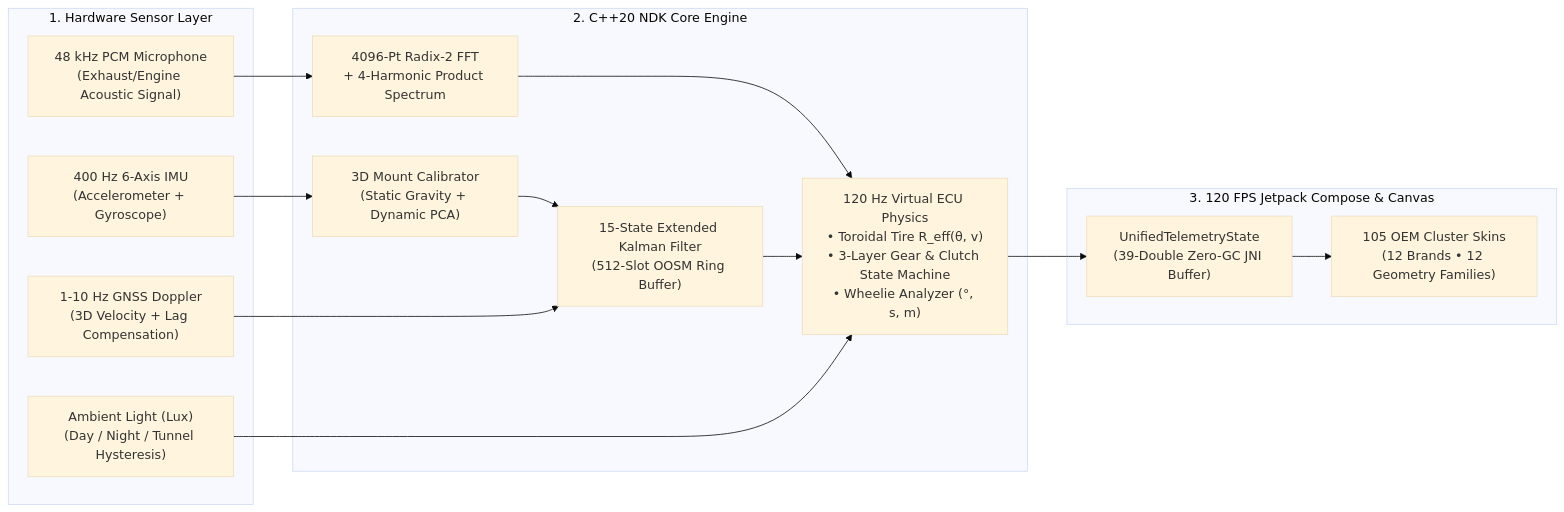
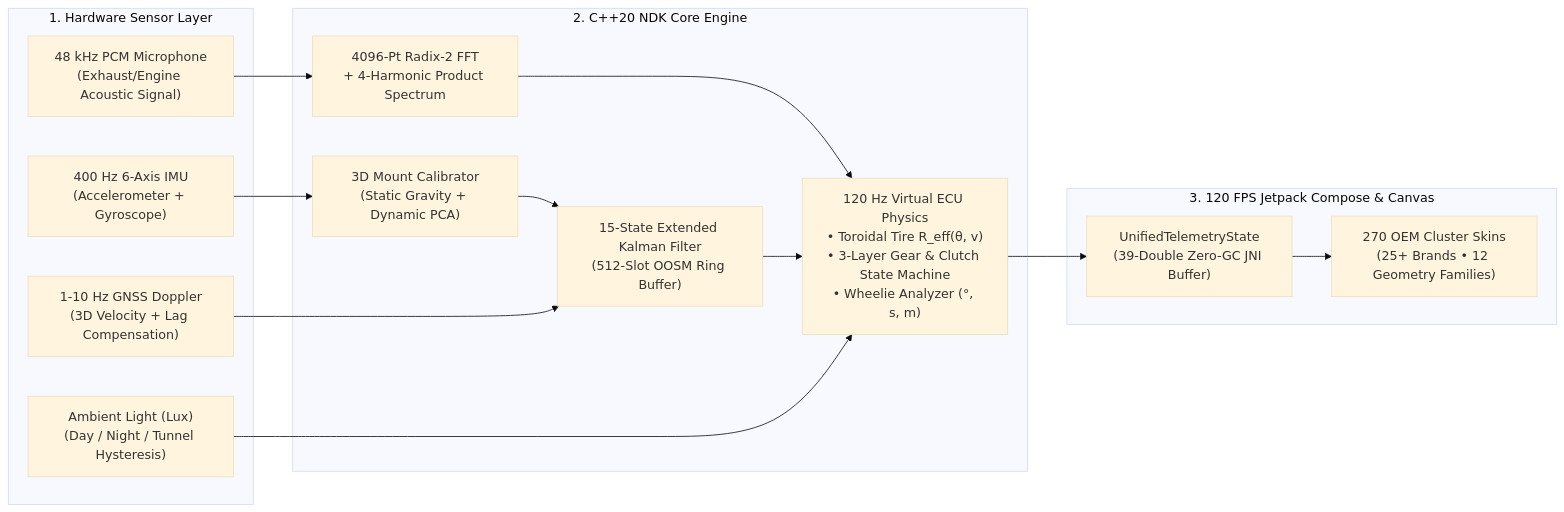
One commit to umitsTASCI/MotoCross changed the diagram in README.md. Above: the diagram before and after it, drawn with Mermaid (base theme). The commit also changed other lines of this file and 33 other files, not shown here.

````diff
--- a/README.md
+++ b/README.md
@@ -105,28 +106,28 @@
 ```mermaid
 flowchart LR
     subgraph SENSORS["1. Hardware Sensor Layer"]
         IMU["400 Hz 6-Axis IMU\n(Accelerometer + Gyroscope)"]
         GNSS["1-10 Hz GNSS Doppler\n(3D Velocity + Lag Compensation)"]
         MIC["48 kHz PCM Microphone\n(Exhaust/Engine Acoustic Signal)"]
         LUX["Ambient Light (Lux)\n(Day / Night / Tunnel Hysteresis)"]
     end
 
     subgraph NDK["2. C++20 NDK Core Engine"]
         CAL["3D Mount Calibrator\n(Static Gravity + Dynamic PCA)"]
         EKF["15-State Extended Kalman Filter\n(512-Slot OOSM Ring Buffer)"]
         FFT["4096-Pt Radix-2 FFT\n+ 4-Harmonic Product Spectrum"]
         ECU["120 Hz Virtual ECU Physics\n• Toroidal Tire R_eff(θ, v)\n• 3-Layer Gear & Clutch State Machine\n• Wheelie Analyzer (°, s, m)"]
     end
 
     subgraph UI["3. 120 FPS Jetpack Compose & Canvas"]
         STATE["UnifiedTelemetryState\n(39-Double Zero-GC JNI Buffer)"]
-        SKINS["105 OEM Cluster Skins\n(12 Brands • 12 Geometry Families)"]
+        SKINS["270 OEM Cluster Skins\n(25+ Brands • 12 Geometry Families)"]
     end
 
     IMU --> CAL --> EKF
     GNSS --> EKF
     MIC --> FFT --> ECU
     EKF --> ECU
     LUX --> ECU
     ECU --> STATE --> SKINS
 ```
````
